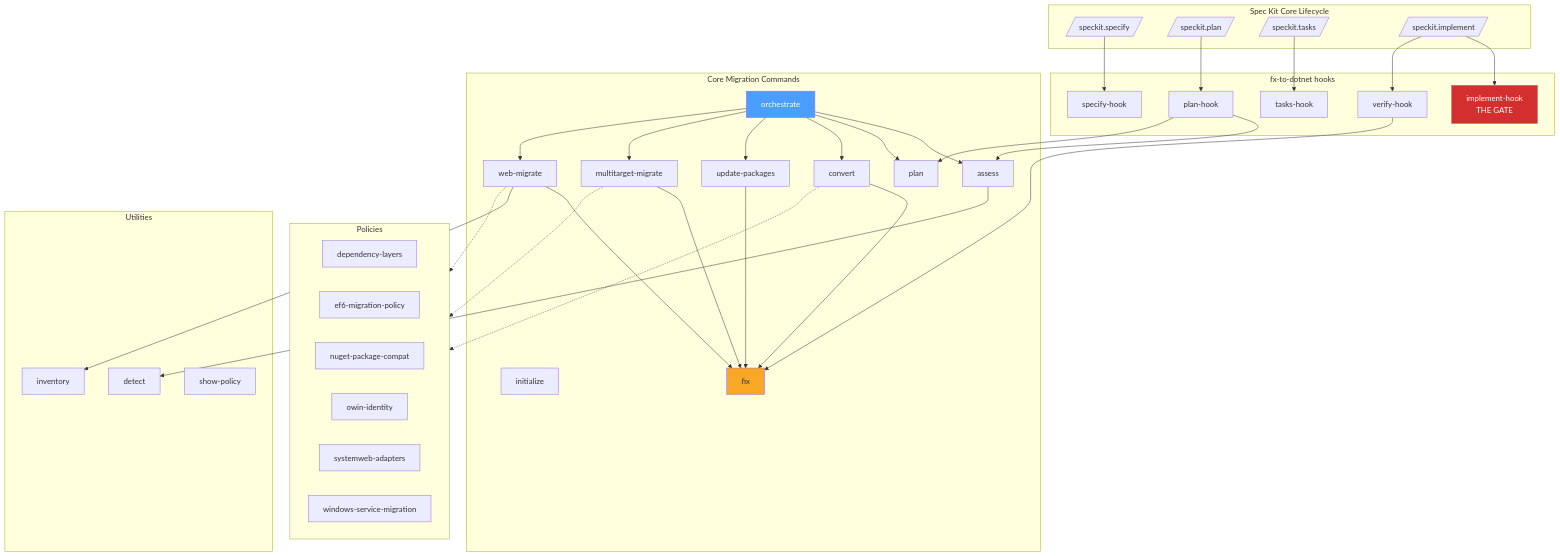
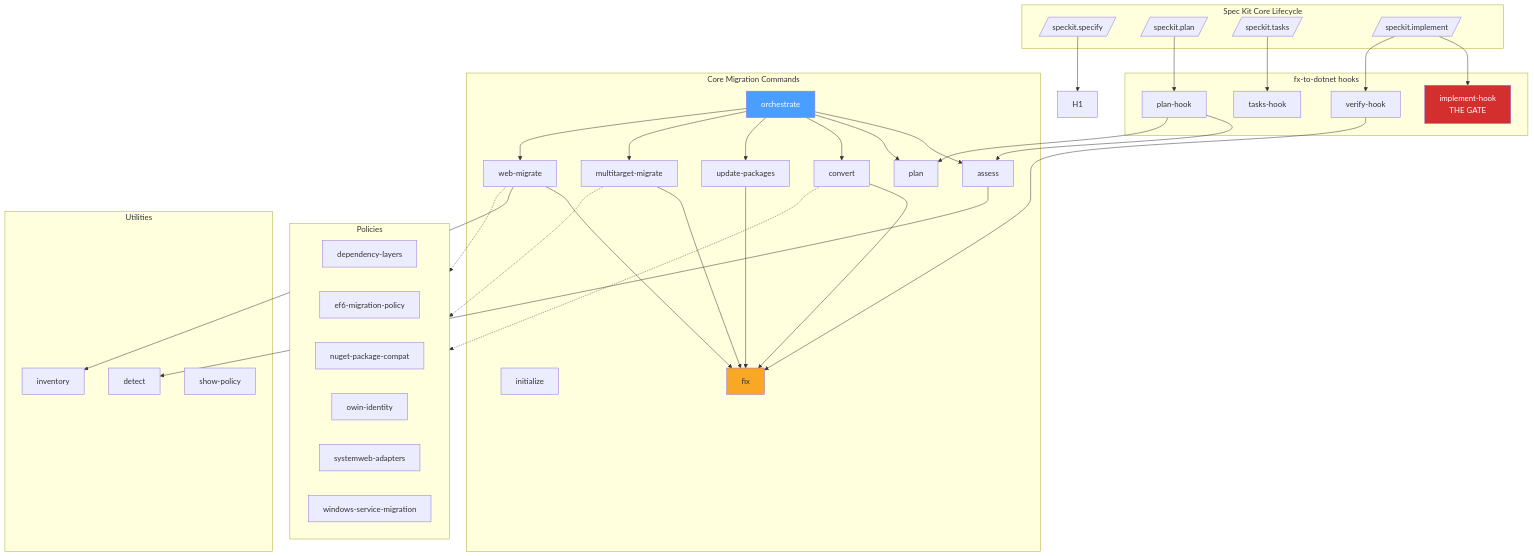
The first of 6 diagrams in fx-to-dotnet/README.md (RogerBestMsft/spec-kit-FxToNet), drawn with Mermaid before and after one commit. The commit also changed other lines of this file and 8 other files, not shown here.

````diff
--- a/fx-to-dotnet/README.md
+++ b/fx-to-dotnet/README.md
@@ -12,76 +12,75 @@
 ```mermaid
 graph TB
     subgraph SpecKit[Spec Kit Core Lifecycle]
         S[/speckit.specify/]
         P[/speckit.plan/]
         T[/speckit.tasks/]
         I[/speckit.implement/]
     end
 
     subgraph Hooks[fx-to-dotnet hooks]
-        H1[specify-hook]
         H2[plan-hook]
         H3[tasks-hook]
         H4[implement-hook<br/>THE GATE]
         H5[verify-hook]
     end
 
     subgraph Core[Core Migration Commands]
         Orch[orchestrate]
         Init[initialize]
         Assess[assess]
         Plan[plan]
         Convert[convert]
         UpdPkg[update-packages]
         Multi[multitarget-migrate]
         Web[web-migrate]
         Fix[fix]
     end
 
     subgraph Util[Utilities]
         Detect[detect]
         Inv[inventory]
         Show[show-policy]
     end
 
     subgraph Pol[Policies]
         DL[dependency-layers]
         EF6[ef6-migration-policy]
         NPC[nuget-package-compat]
         OWIN[owin-identity]
         SWA[systemweb-adapters]
         WSM[windows-service-migration]
     end
 
     S --> H1
     P --> H2
     T --> H3
     I --> H4
     I --> H5
 
     H2 --> Assess
     H2 --> Plan
     H5 --> Fix
 
     Orch --> Assess
     Orch --> Plan
     Orch --> Convert
     Orch --> UpdPkg
     Orch --> Multi
     Orch --> Web
 
     Convert --> Fix
     UpdPkg --> Fix
     Multi --> Fix
     Web --> Fix
     Web --> Inv
     Assess --> Detect
 
     Convert -.-> Pol
     Multi -.-> Pol
     Web -.-> Pol
 
     style H4 fill:#d32f2f,color:#fff
     style Fix fill:#f9a825
     style Orch fill:#4a9eff,color:#fff
 ```
````
